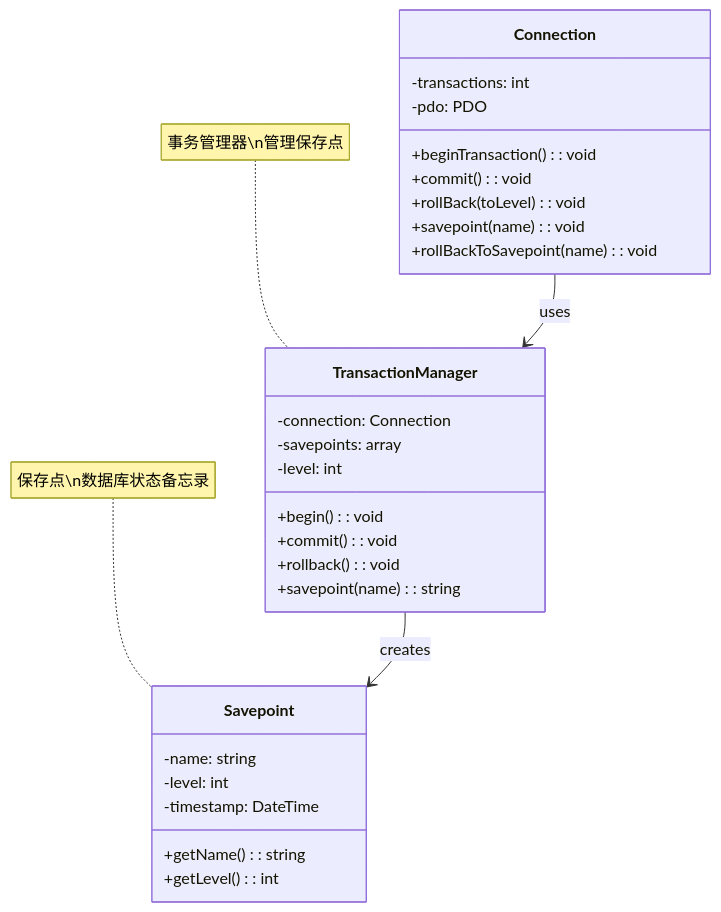
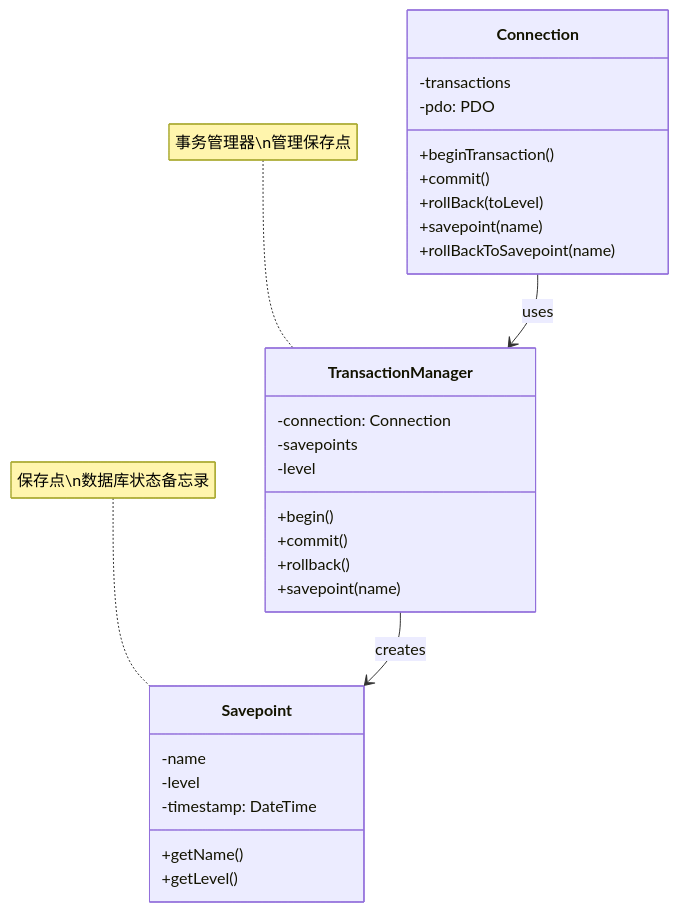
One commit to fanly/DesignPattern changed the second of 3 diagrams in resources/design-patterns/laravel/behavioral/memento_zh.md. Above: the diagram before and after it, drawn with Mermaid. The commit also changed other lines of this file and 103 other files, not shown here.

````diff
--- a/resources/design-patterns/laravel/behavioral/memento_zh.md
+++ b/resources/design-patterns/laravel/behavioral/memento_zh.md
@@ -43,36 +43,36 @@
 ```mermaid
 classDiagram
     class Connection {
-        -transactions: int
+        -transactions
         -pdo: PDO
-        +beginTransaction(): void
-        +commit(): void
-        +rollBack(toLevel): void
-        +savepoint(name): void
-        +rollBackToSavepoint(name): void
+        +beginTransaction()
+        +commit()
+        +rollBack(toLevel)
+        +savepoint(name)
+        +rollBackToSavepoint(name)
     }
     
     class TransactionManager {
         -connection: Connection
-        -savepoints: array
-        -level: int
-        +begin(): void
-        +commit(): void
-        +rollback(): void
-        +savepoint(name): string
+        -savepoints
+        -level
+        +begin()
+        +commit()
+        +rollback()
+        +savepoint(name)
     }
     
     class Savepoint {
-        -name: string
-        -level: int
+        -name
+        -level
         -timestamp: DateTime
-        +getName(): string
-        +getLevel(): int
+        +getName()
+        +getLevel()
     }
     
     Connection --> TransactionManager : uses
     TransactionManager --> Savepoint : creates
     
     note for Savepoint "保存点\n数据库状态备忘录"
     note for TransactionManager "事务管理器\n管理保存点"
 ```
````
